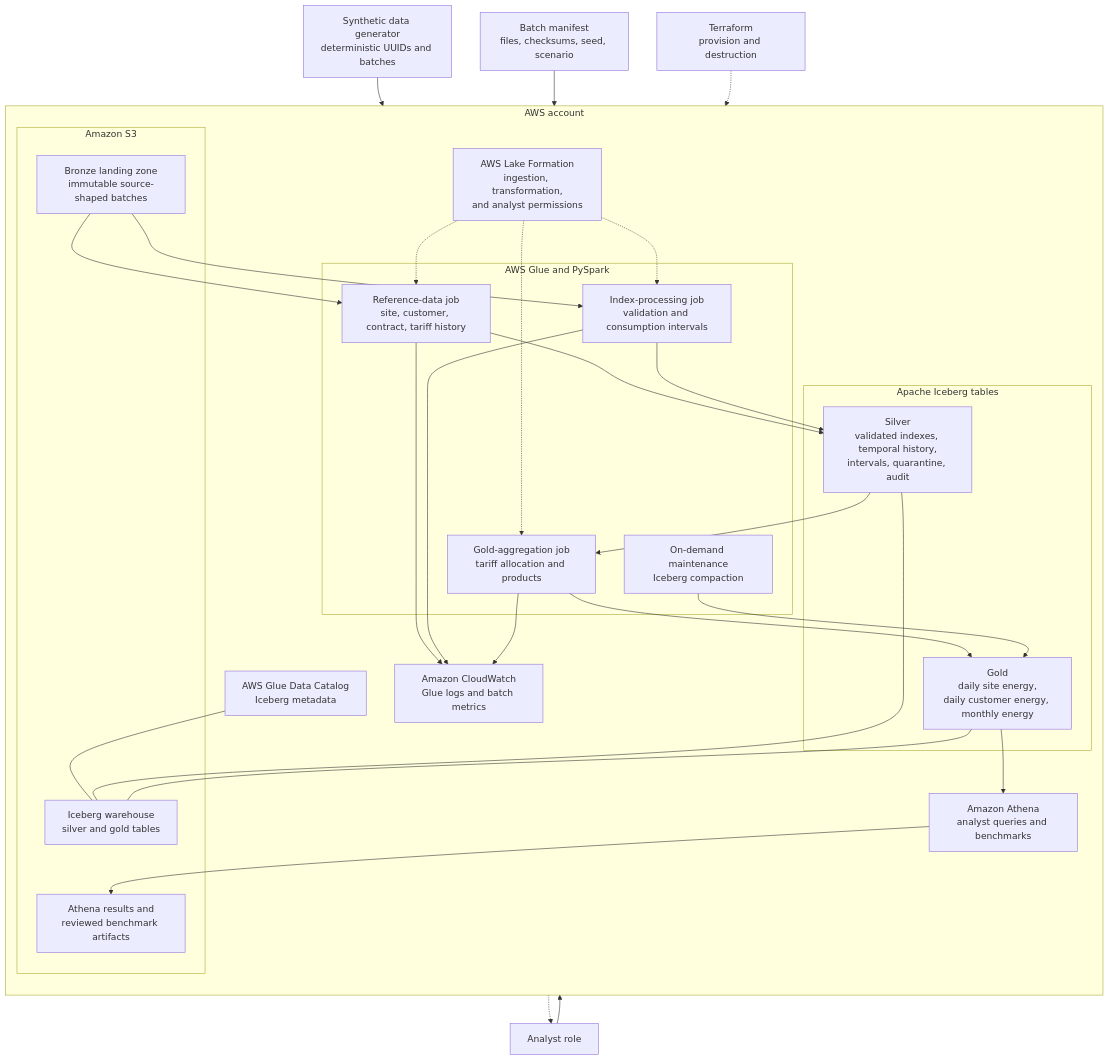
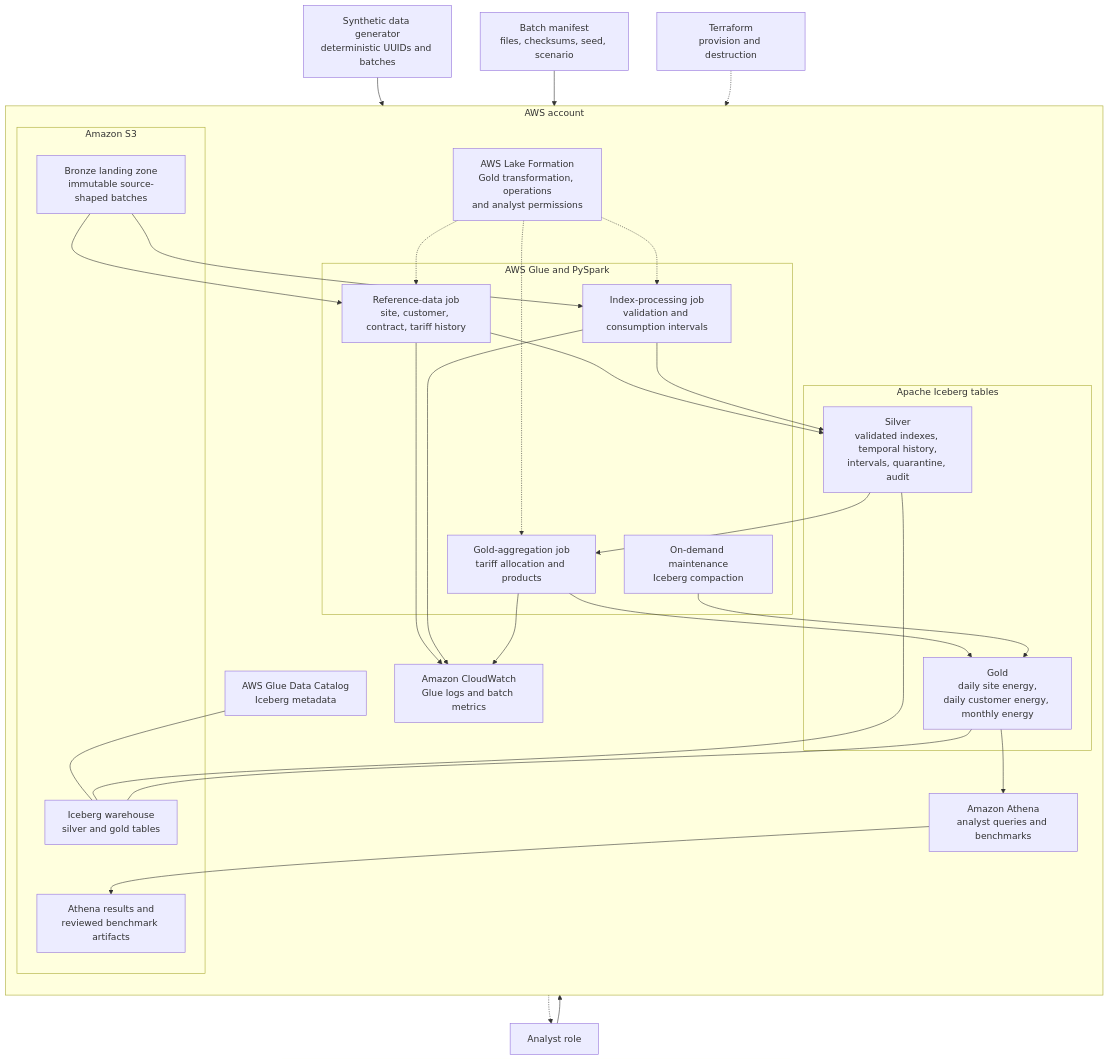
Before and after one commit to anthonyclavery/aws-lakehouse-platform: the first of 2 diagrams in docs/diagrams/v1-architecture.md, drawn with Mermaid. The commit also changed 22 other files, not shown here.

````diff
--- a/docs/diagrams/v1-architecture.md
+++ b/docs/diagrams/v1-architecture.md
@@ -5,60 +5,60 @@
 ```mermaid
 flowchart TB
     Generator["Synthetic data generator<br/>deterministic UUIDs and batches"]
     Manifest["Batch manifest<br/>files, checksums, seed, scenario"]
 
     subgraph AWS["AWS account"]
         direction TB
 
         subgraph S3["Amazon S3"]
             Landing["Bronze landing zone<br/>immutable source-shaped batches"]
             Warehouse["Iceberg warehouse<br/>silver and gold tables"]
             Results["Athena results and<br/>reviewed benchmark artifacts"]
         end
 
         Catalog["AWS Glue Data Catalog<br/>Iceberg metadata"]
 
         subgraph Glue["AWS Glue and PySpark"]
             Reference["Reference-data job<br/>site, customer, contract, tariff history"]
             Indexes["Index-processing job<br/>validation and consumption intervals"]
             Gold["Gold-aggregation job<br/>tariff allocation and products"]
             Compact["On-demand maintenance<br/>Iceberg compaction"]
         end
 
         subgraph Iceberg["Apache Iceberg tables"]
             Silver["Silver<br/>validated indexes, temporal history,<br/>intervals, quarantine, audit"]
             GoldTables["Gold<br/>daily site energy,<br/>daily customer energy, monthly energy"]
         end
 
         Athena["Amazon Athena<br/>analyst queries and benchmarks"]
-        LakeFormation["AWS Lake Formation<br/>ingestion, transformation,<br/>and analyst permissions"]
+        LakeFormation["AWS Lake Formation<br/>Gold transformation, operations<br/>and analyst permissions"]
         CloudWatch["Amazon CloudWatch<br/>Glue logs and batch metrics"]
     end
 
     Terraform["Terraform<br/>provision and destruction"]
     Analyst["Analyst role"]
 
     Generator --> Landing
     Manifest --> Landing
     Landing --> Reference
     Landing --> Indexes
     Reference --> Silver
     Indexes --> Silver
     Silver --> Gold
     Gold --> GoldTables
     GoldTables --> Athena
     Compact --> GoldTables
     Catalog --- Warehouse
     Silver --- Warehouse
     GoldTables --- Warehouse
     Athena --> Results
     LakeFormation -.-> Reference
     LakeFormation -.-> Indexes
     LakeFormation -.-> Gold
     LakeFormation -.-> Analyst
     Analyst --> Athena
     Reference --> CloudWatch
     Indexes --> CloudWatch
     Gold --> CloudWatch
     Terraform -.-> AWS
 ```
````
